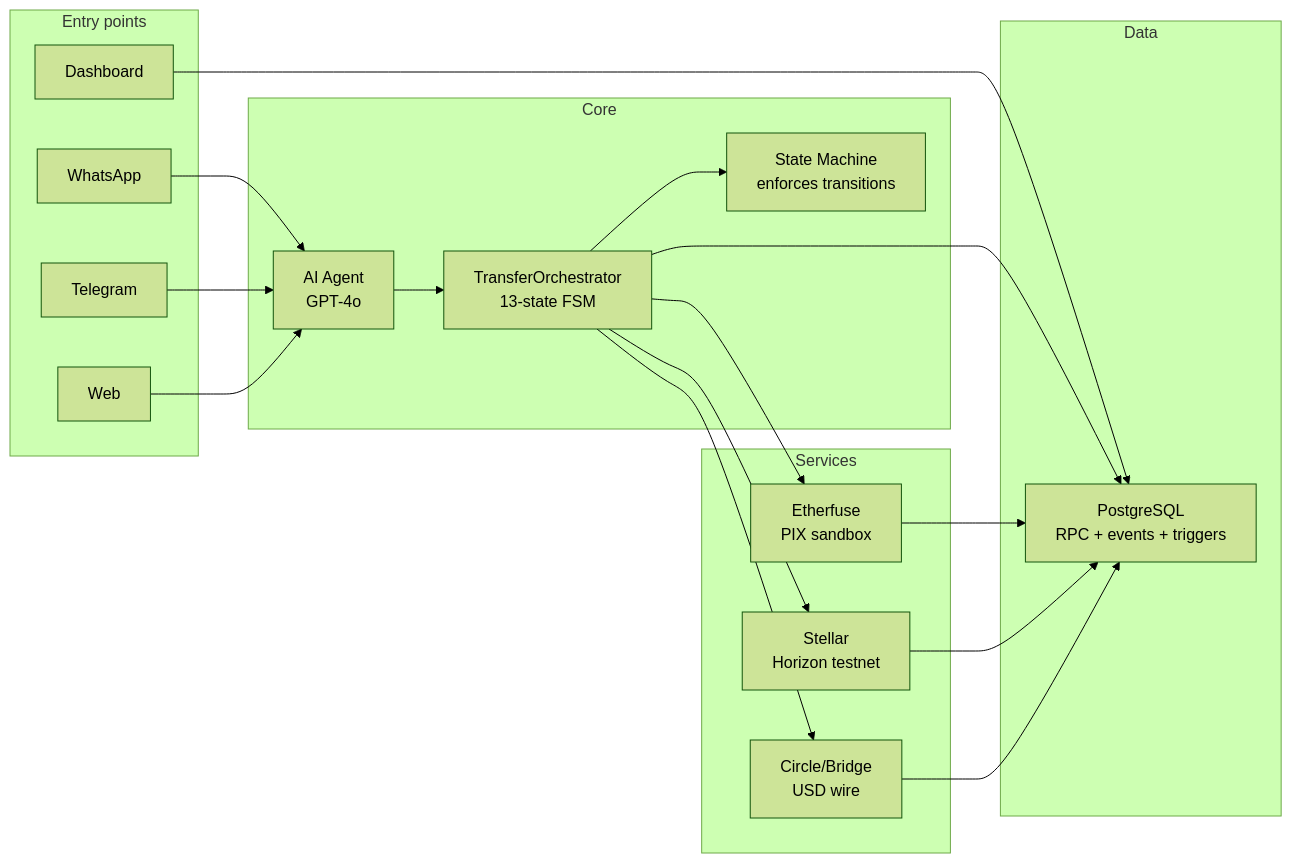
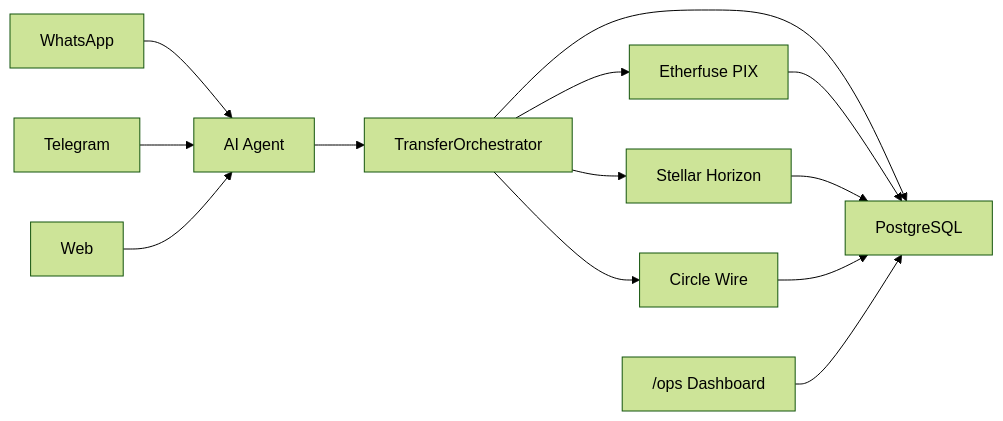
One commit to rbfcdog/talk-to-stellar changed the diagram in insta-awards/submission/diagrams/system-components.mmd. Above: the diagram before and after it, drawn with Mermaid (forest theme). The commit also changed 1 other file, not shown here.

Commit message:
fix: system diagram — flat, no groupings, clear single labels
Removed subgraph boxes that caused visual duplication.
Each node on one line: Agent, Orchestrator, PIX, Stellar, Circle, DB.
Left-to-right flow with no repeated elements.

```diff
--- a/insta-awards/submission/diagrams/system-components.mmd
+++ b/insta-awards/submission/diagrams/system-components.mmd
@@ -1,40 +1,17 @@
 graph LR
-    subgraph Users["Entry points"]
-        WhatsApp
-        Telegram
-        Web
-        Dashboard
-    end
-
-    subgraph Core["Core"]
-        Agent["AI Agent<br/>GPT-4o"]
-        Orchestrator["TransferOrchestrator<br/>13-state FSM"]
-        StateMachine["State Machine<br/>enforces transitions"]
-    end
-
-    subgraph Services["Services"]
-        PIX["Etherfuse<br/>PIX sandbox"]
-        Stellar["Stellar<br/>Horizon testnet"]
-        Payout["Circle/Bridge<br/>USD wire"]
-    end
-
-    subgraph Data["Data"]
-        DB["PostgreSQL<br/>RPC + events + triggers"]
-    end
-
     WhatsApp --> Agent
     Telegram --> Agent
     Web --> Agent
-    Dashboard --> DB
 
-    Agent --> Orchestrator
-    Orchestrator --> StateMachine
+    Agent["AI Agent"] --> Orchestrator
+    Orchestrator["TransferOrchestrator"] --> PIX
+    Orchestrator --> Stellar
+    Orchestrator --> Payout
     Orchestrator --> DB
 
-    Orchestrator --> PIX
-    Orchestrator --> Stellar
-    Orchestrator --> Payout
+    PIX["Etherfuse PIX"] --> DB
+    Stellar["Stellar Horizon"] --> DB
+    Payout["Circle Wire"] --> DB
 
-    PIX --> DB
-    Stellar --> DB
-    Payout --> DB
+    Dashboard["/ops Dashboard"] --> DB
+    DB["PostgreSQL"]
```
